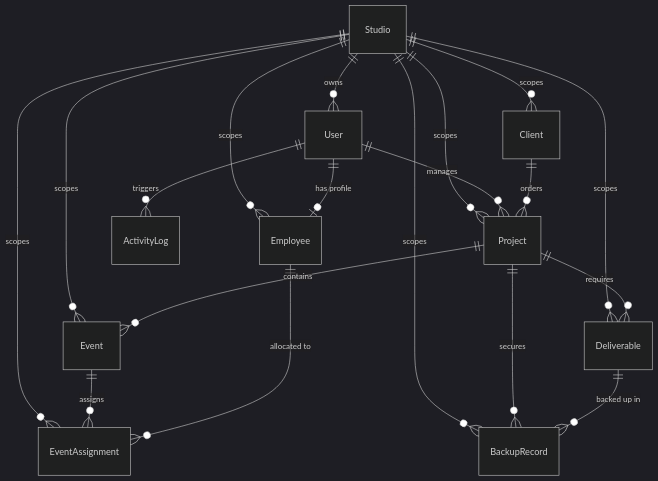
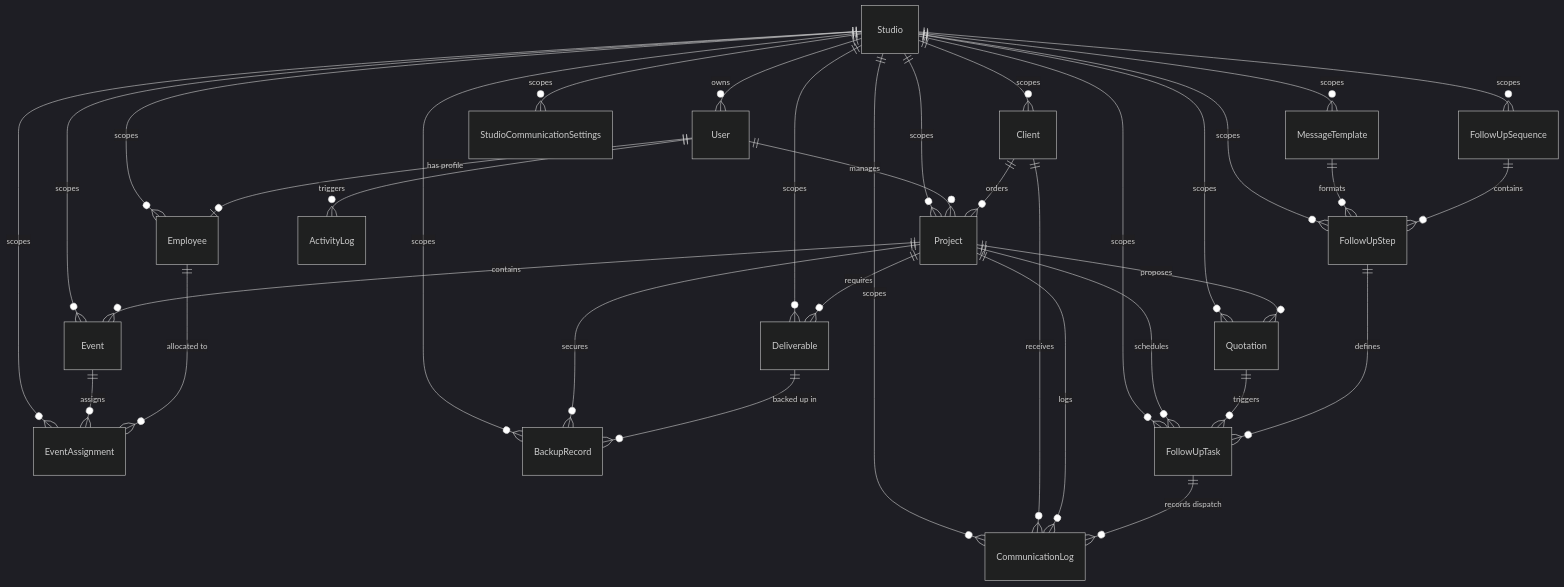
The diagram in docs/database-model.md (mfayaazu/studio-ops), drawn with Mermaid (dark theme) before and after one commit. The commit also changed other lines of this file and 5 other files, not shown here.

Commit message:
docs: add follow-up automation and communication funnel design

````diff
--- a/docs/database-model.md
+++ b/docs/database-model.md
@@ -11,21 +11,37 @@
 ```mermaid
 erDiagram
     Studio ||--o{ User : "owns"
     Studio ||--o{ Client : "scopes"
     Studio ||--o{ Employee : "scopes"
     Studio ||--o{ Project : "scopes"
     Studio ||--o{ Event : "scopes"
     Studio ||--o{ EventAssignment : "scopes"
     Studio ||--o{ Deliverable : "scopes"
     Studio ||--o{ BackupRecord : "scopes"
+    Studio ||--o{ Quotation : "scopes"
+    Studio ||--o{ MessageTemplate : "scopes"
+    Studio ||--o{ FollowUpSequence : "scopes"
+    Studio ||--o{ FollowUpStep : "scopes"
+    Studio ||--o{ FollowUpTask : "scopes"
+    Studio ||--o{ CommunicationLog : "scopes"
+    Studio ||--o{ StudioCommunicationSettings : "scopes"
     User ||--o| Employee : "has profile"
     User ||--o{ Project : "manages"
     User ||--o{ ActivityLog : "triggers"
     Client ||--o{ Project : "orders"
+    Client ||--o{ CommunicationLog : "receives"
     Project ||--o{ Event : "contains"
     Project ||--o{ Deliverable : "requires"
     Project ||--o{ BackupRecord : "secures"
+    Project ||--o{ Quotation : "proposes"
+    Project ||--o{ FollowUpTask : "schedules"
+    Project ||--o{ CommunicationLog : "logs"
     Deliverable ||--o{ BackupRecord : "backed up in"
     Event ||--o{ EventAssignment : "assigns"
     Employee ||--o{ EventAssignment : "allocated to"
+    Quotation ||--o{ FollowUpTask : "triggers"
+    MessageTemplate ||--o{ FollowUpStep : "formats"
+    FollowUpSequence ||--o{ FollowUpStep : "contains"
+    FollowUpStep ||--o{ FollowUpTask : "defines"
+    FollowUpTask ||--o{ CommunicationLog : "records dispatch"
 ```
````
